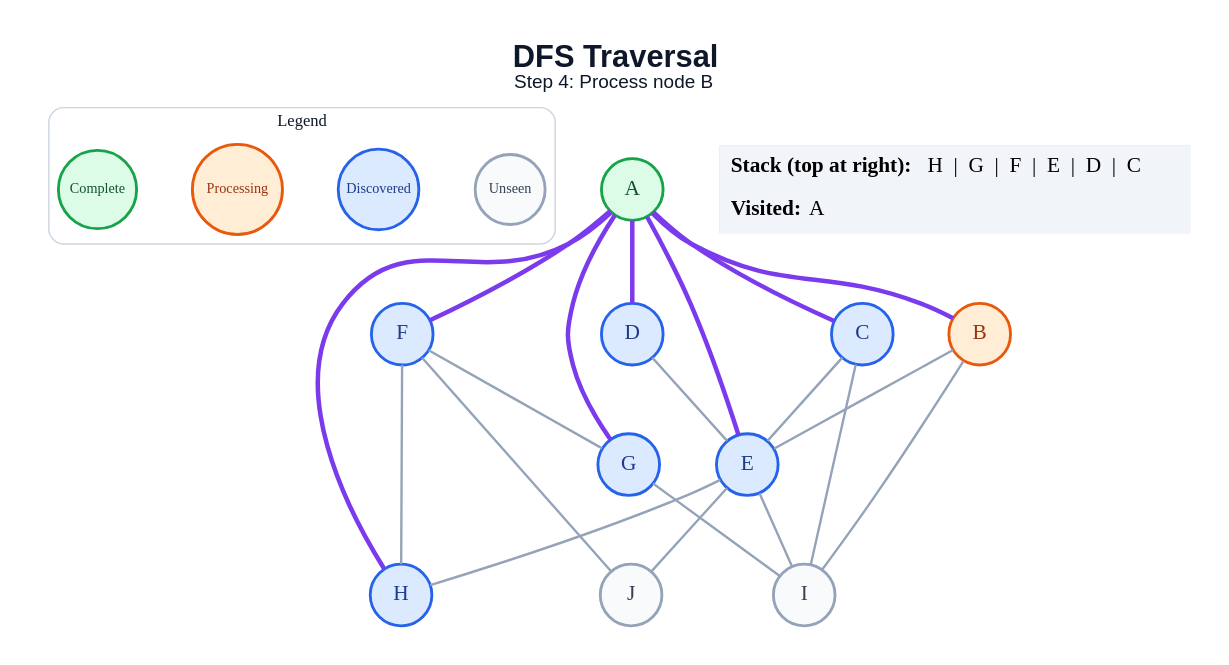
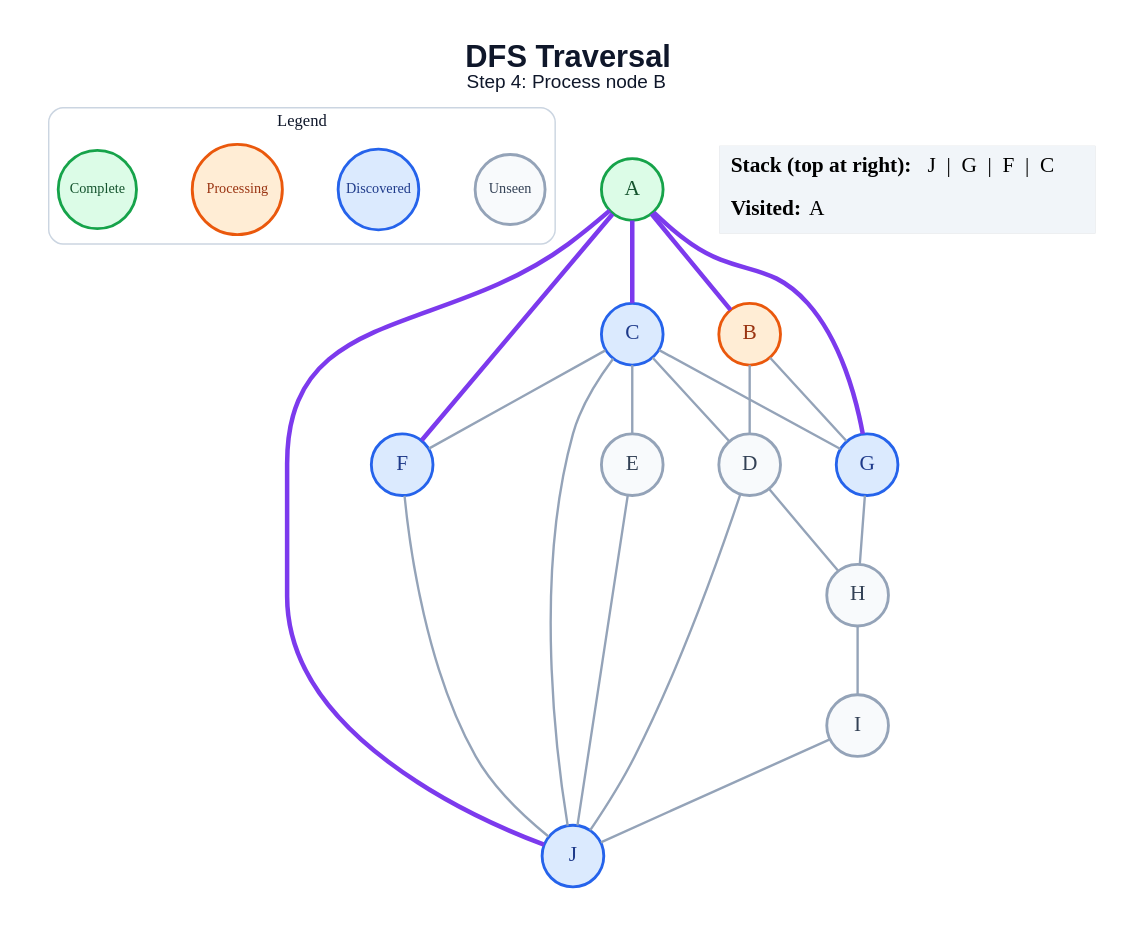
One commit to anon7238593-create/ai-slop changed the diagram in generated/dfs/step_04.dot. Above: the diagram before and after it, drawn with Graphviz. The commit also changed 178 other files, not shown here.

```diff
--- a/generated/dfs/step_04.dot
+++ b/generated/dfs/step_04.dot
@@ -1,48 +1,48 @@
 graph traversal {
   graph [layout=dot, rankdir=TB, bgcolor="#FFFFFF", pad="0.35", nodesep="0.65", ranksep="0.8", fontname="Arial"];
   node [shape=circle, style="filled", fontname="Arial Bold", fontsize=18, width=0.72, fixedsize=true, penwidth=2.4];
   edge [color="#94A3B8", penwidth=2.0];
   label=<<B>DFS Traversal</B><BR/><FONT POINT-SIZE="16">Step 4: Process node B</FONT>>; labelloc="t"; fontsize=26; fontname="Arial"; fontcolor="#0F172A";
   subgraph cluster_legend { label="Legend"; color="#CBD5E1"; penwidth=1.2; style="rounded"; fontsize=14; fontname="Arial Bold";
     key_unseen [label="Unseen", fillcolor="#F8FAFC", color="#94A3B8", fontcolor="#334155", fontsize=12, width=0.82];
     key_frontier [label="Discovered", fillcolor="#DBEAFE", color="#2563EB", fontcolor="#1E3A8A", fontsize=12, width=0.95];
     key_current [label="Processing", fillcolor="#FFEDD5", color="#EA580C", fontcolor="#9A3412", fontsize=12, width=1.05];
     key_done [label="Complete", fillcolor="#DCFCE7", color="#16A34A", fontcolor="#14532D", fontsize=12, width=0.92];
     { rank=same; key_unseen; key_frontier; key_current; key_done; }
   }
   A [fillcolor="#DCFCE7", color="#16A34A", fontcolor="#14532D"];
   B [fillcolor="#FFEDD5", color="#EA580C", fontcolor="#9A3412"];
   C [fillcolor="#DBEAFE", color="#2563EB", fontcolor="#1E3A8A"];
-  D [fillcolor="#DBEAFE", color="#2563EB", fontcolor="#1E3A8A"];
-  E [fillcolor="#DBEAFE", color="#2563EB", fontcolor="#1E3A8A"];
+  D [fillcolor="#F8FAFC", color="#94A3B8", fontcolor="#334155"];
+  E [fillcolor="#F8FAFC", color="#94A3B8", fontcolor="#334155"];
   F [fillcolor="#DBEAFE", color="#2563EB", fontcolor="#1E3A8A"];
   G [fillcolor="#DBEAFE", color="#2563EB", fontcolor="#1E3A8A"];
-  H [fillcolor="#DBEAFE", color="#2563EB", fontcolor="#1E3A8A"];
+  H [fillcolor="#F8FAFC", color="#94A3B8", fontcolor="#334155"];
   I [fillcolor="#F8FAFC", color="#94A3B8", fontcolor="#334155"];
-  J [fillcolor="#F8FAFC", color="#94A3B8", fontcolor="#334155"];
+  J [fillcolor="#DBEAFE", color="#2563EB", fontcolor="#1E3A8A"];
   A -- B [color="#7C3AED", penwidth=3.8];
   A -- C [color="#7C3AED", penwidth=3.8];
-  A -- D [color="#7C3AED", penwidth=3.8];
-  A -- E [color="#7C3AED", penwidth=3.8];
   A -- F [color="#7C3AED", penwidth=3.8];
   A -- G [color="#7C3AED", penwidth=3.8];
-  A -- H [color="#7C3AED", penwidth=3.8];
-  B -- E;
-  B -- I;
+  A -- J [color="#7C3AED", penwidth=3.8];
+  B -- D;
+  B -- G;
+  C -- D;
   C -- E;
-  C -- I;
-  D -- E;
-  E -- H;
-  E -- I;
+  C -- F;
+  C -- G;
+  C -- J;
+  D -- H;
+  D -- J;
   E -- J;
-  F -- G;
-  F -- H;
   F -- J;
-  G -- I;
+  G -- H;
+  H -- I;
+  I -- J;
   status [shape=plain, fixedsize=false, width=0, height=0, margin=0, label=<
     <TABLE BORDER="0" CELLBORDER="0" CELLPADDING="7" BGCOLOR="#F1F5F9">
-      <TR><TD ALIGN="LEFT"><B>Stack (top at right):</B> H  |  G  |  F  |  E  |  D  |  C</TD></TR>
+      <TR><TD ALIGN="LEFT"><B>Stack (top at right):</B> J  |  G  |  F  |  C</TD></TR>
       <TR><TD ALIGN="LEFT"><B>Visited:</B> A</TD></TR>
     </TABLE>
   >];
 }
```
